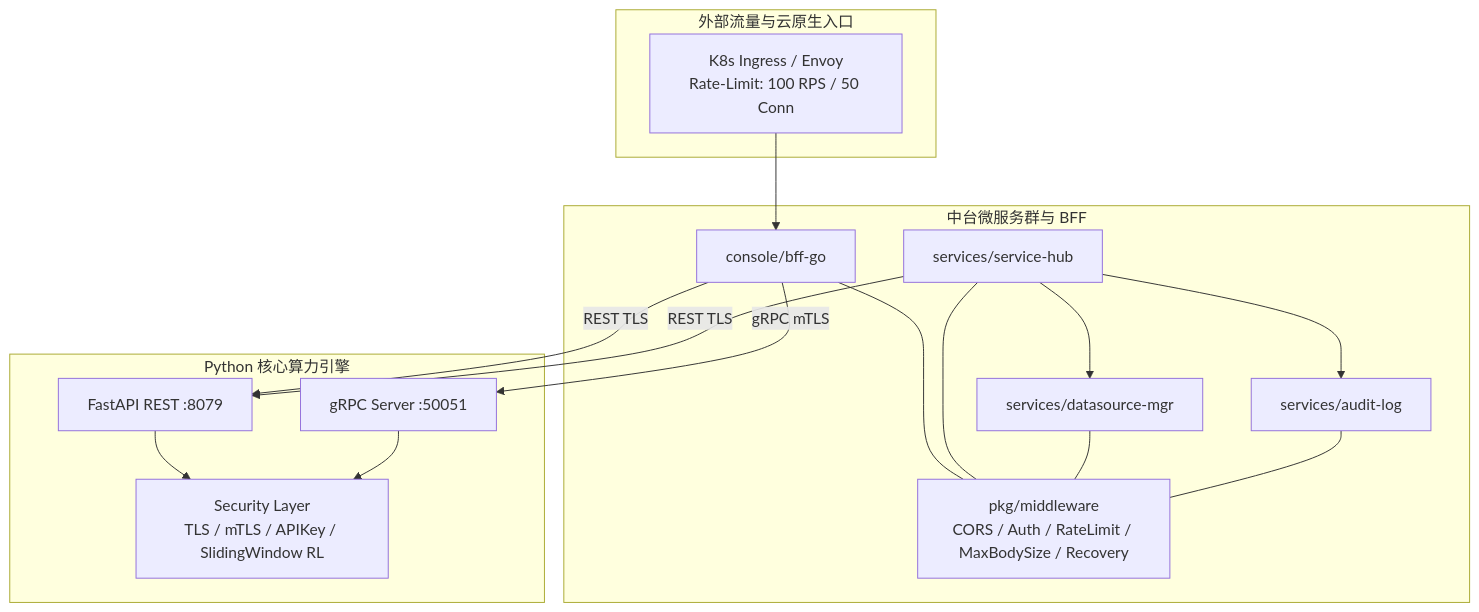
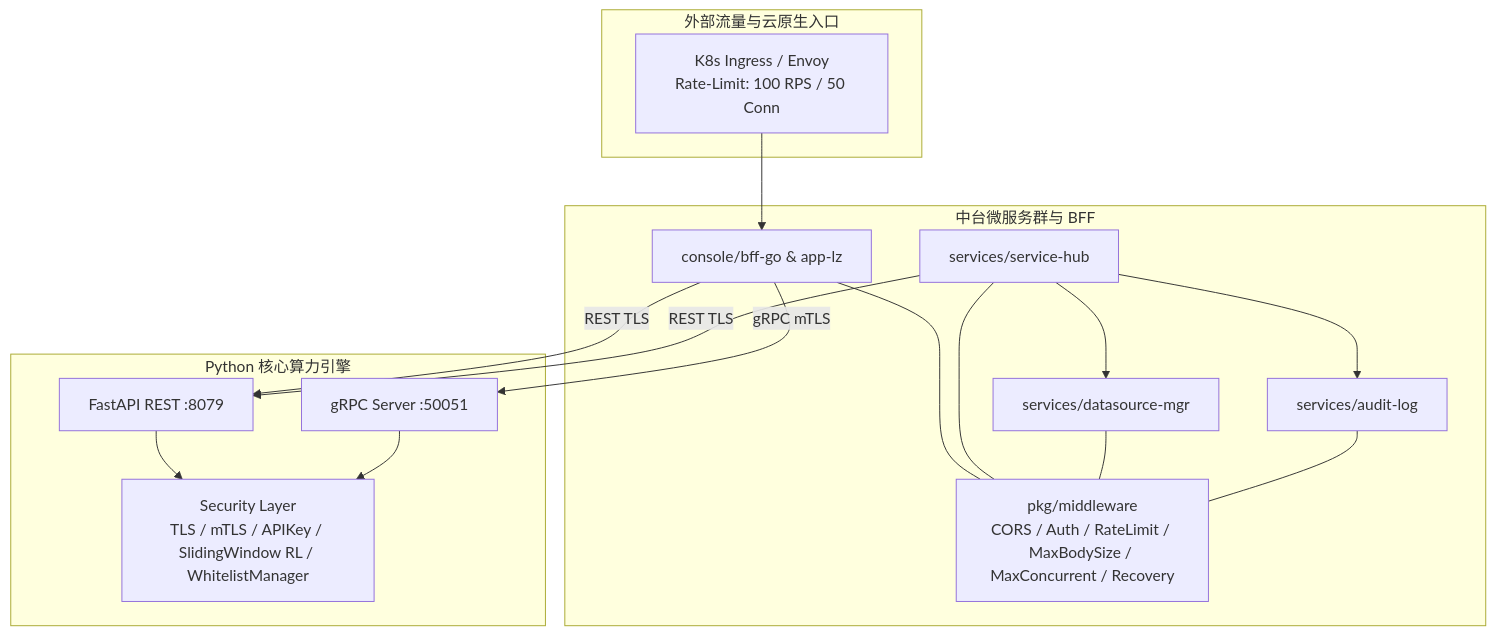
Before and after one commit to fengzhizi319/PrivShield: the first of 2 diagrams in docs/production_security/design.md, drawn with Mermaid. The commit also changed other lines of this file and 7 other files, not shown here.

````diff
--- a/docs/production_security/design.md
+++ b/docs/production_security/design.md
@@ -37,28 +72,28 @@
 ```mermaid
 graph TD
     subgraph ClientAndIngress [外部流量与云原生入口]
         Ingress[K8s Ingress / Envoy<br/>Rate-Limit: 100 RPS / 50 Conn]
     end
 
     subgraph GoMicroservices [中台微服务群与 BFF]
-        BFF[console/bff-go]
+        BFF[console/bff-go & app-lz]
         Hub[services/service-hub]
         DS[services/datasource-mgr]
         Audit[services/audit-log]
-        PkgSec[pkg/middleware<br/>CORS / Auth / RateLimit / MaxBodySize / Recovery]
+        PkgSec[pkg/middleware<br/>CORS / Auth / RateLimit / MaxBodySize / MaxConcurrent / Recovery]
         BFF & Hub & DS & Audit --- PkgSec
     end
 
     subgraph EngineSecurity [Python 核心算力引擎]
         REST[FastAPI REST :8079]
         GRPC[gRPC Server :50051]
-        SEC[Security Layer<br/>TLS / mTLS / APIKey / SlidingWindow RL]
+        SEC[Security Layer<br/>TLS / mTLS / APIKey / SlidingWindow RL / WhitelistManager]
         REST --> SEC
         GRPC --> SEC
     end
 
     Ingress --> BFF
     BFF -->|gRPC mTLS| GRPC
     BFF & Hub -->|REST TLS| REST
     Hub --> DS & Audit
 ```
````
